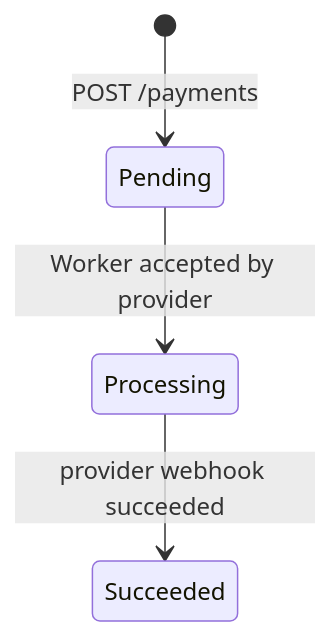
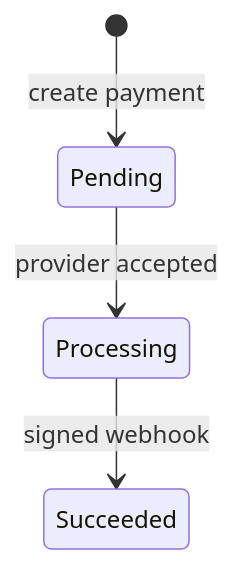
One commit to haoyucheng369-gif/payment-reliability changed the fourth of 4 diagrams in README.md. Above: the diagram before and after it, drawn with Mermaid. The commit also changed other lines of this file, not shown here.

````diff
--- a/README.md
+++ b/README.md
@@ -101,6 +77,6 @@
 ```mermaid
 stateDiagram-v2
-    [*] --> Pending: POST /payments
-    Pending --> Processing: Worker accepted by provider
-    Processing --> Succeeded: provider webhook succeeded
+    [*] --> Pending: create payment
+    Pending --> Processing: provider accepted
+    Processing --> Succeeded: signed webhook
 ```
````
